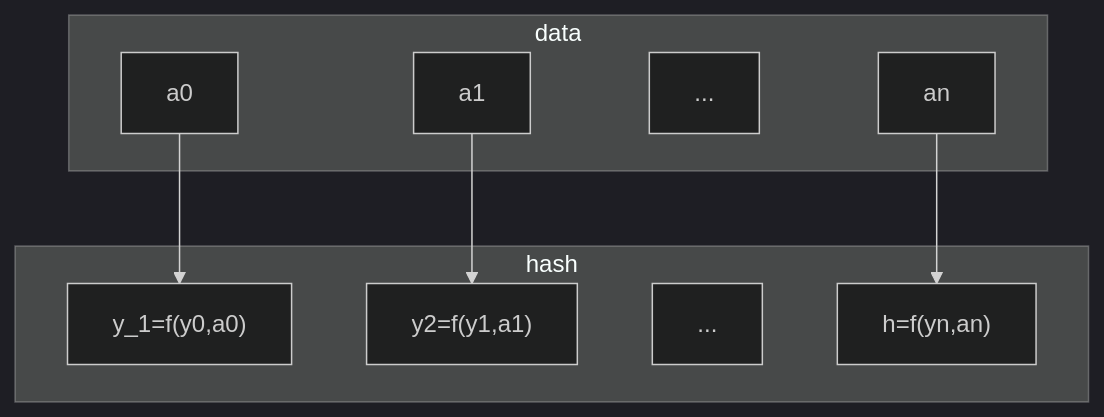
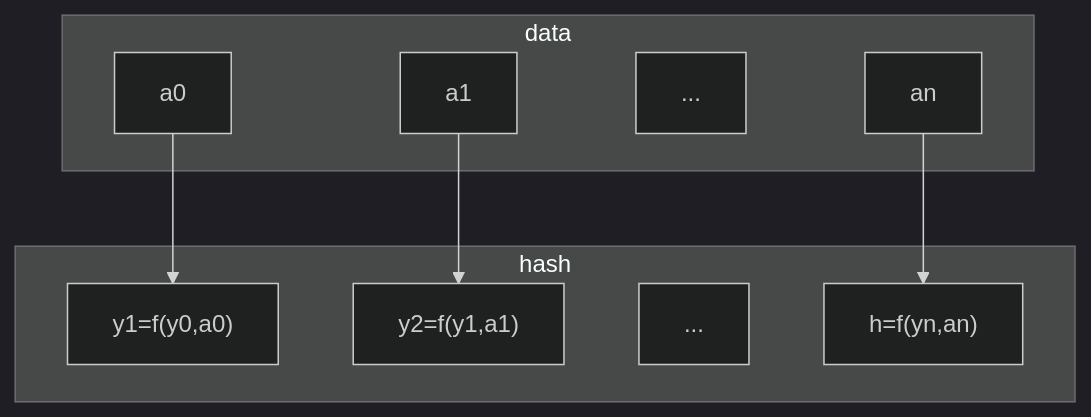
Before and after one commit to sergey-shandar/public: the diagram in notes/hash.md, drawn with Mermaid (dark theme).

````diff
--- a/notes/hash.md
+++ b/notes/hash.md
@@ -24,18 +24,18 @@
 ```mermaid
 graph TD;
   subgraph data
     a0
     a1
     ai[...]
     an
   end
   subgraph hash
-    y1["y_1=f(y0,a0)"]
+    y1["y1=f(y0,a0)"]
     y2["y2=f(y1,a1)"]
     yi[...]
     h["h=f(yn,an)"]
   end
   a0 --> y1
   a1 --> y2
   an --> h
 ```
````
